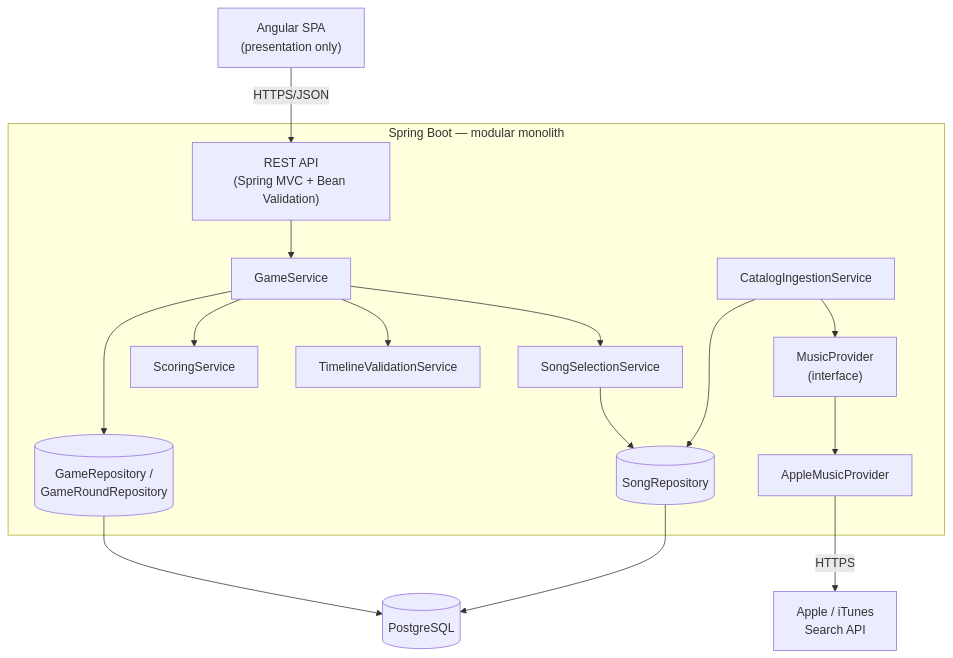
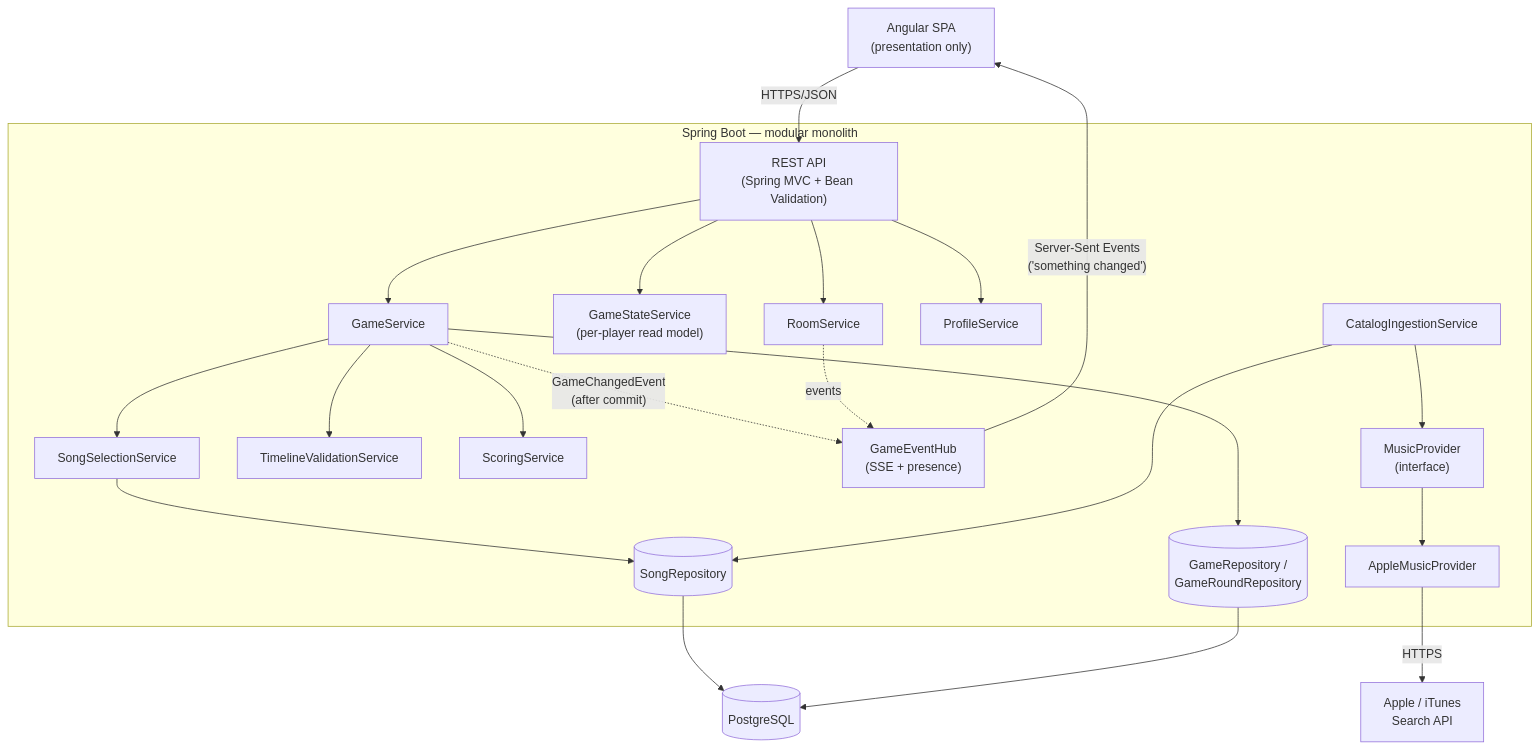
One commit to ancarret/chronobeat changed the first of 2 diagrams in README.md. Above: the diagram before and after it, drawn with Mermaid. The commit also changed other lines of this file and 9 other files, not shown here.

First line of the commit message:
Keep the timeline on screen on phones; document the new modes

````diff
--- a/README.md
+++ b/README.md
@@ -38,23 +55,29 @@
 ```mermaid
 flowchart TB
     Browser["Angular SPA<br/>(presentation only)"]
     API["REST API<br/>(Spring MVC + Bean Validation)"]
     subgraph Backend["Spring Boot — modular monolith"]
         API --> GameService
+        API --> GameStateService["GameStateService<br/>(per-player read model)"]
+        API --> RoomService
+        API --> ProfileService
         GameService --> SongSelectionService
         GameService --> TimelineValidationService
         GameService --> ScoringService
+        GameService -. "GameChangedEvent<br/>(after commit)" .-> EventHub["GameEventHub<br/>(SSE + presence)"]
+        RoomService -. events .-> EventHub
         SongSelectionService --> SongRepo[(SongRepository)]
         GameService --> GameRepo[(GameRepository /<br/>GameRoundRepository)]
         CatalogIngestionService --> MusicProvider["MusicProvider<br/>(interface)"]
         MusicProvider --> AppleMusicProvider
     end
     DB[(PostgreSQL)]
     Apple["Apple / iTunes<br/>Search API"]
 
     Browser -- HTTPS/JSON --> API
+    EventHub -- "Server-Sent Events<br/>('something changed')" --> Browser
     SongRepo --> DB
     GameRepo --> DB
     AppleMusicProvider -- HTTPS --> Apple
     CatalogIngestionService --> SongRepo
 ```
````
